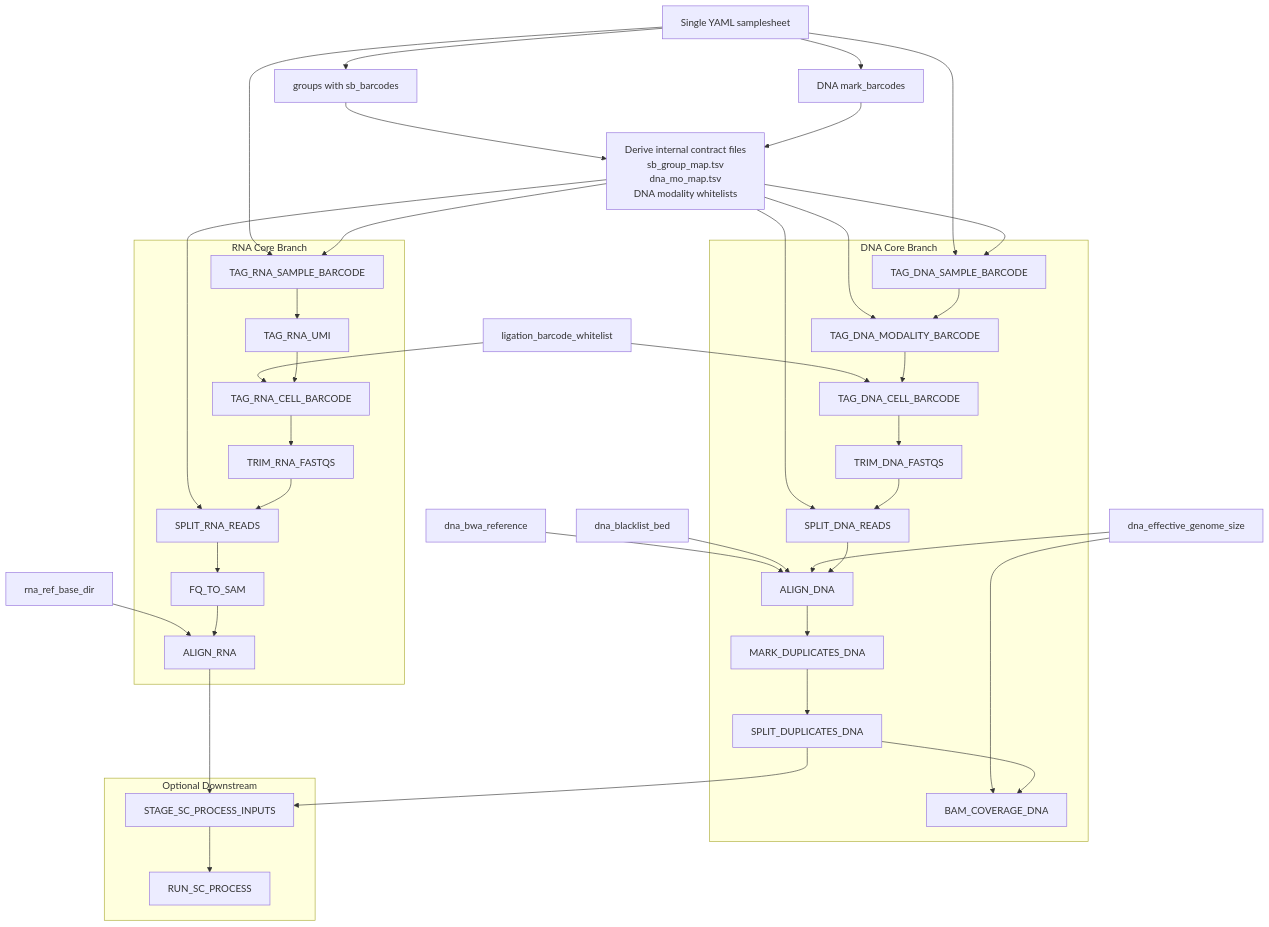
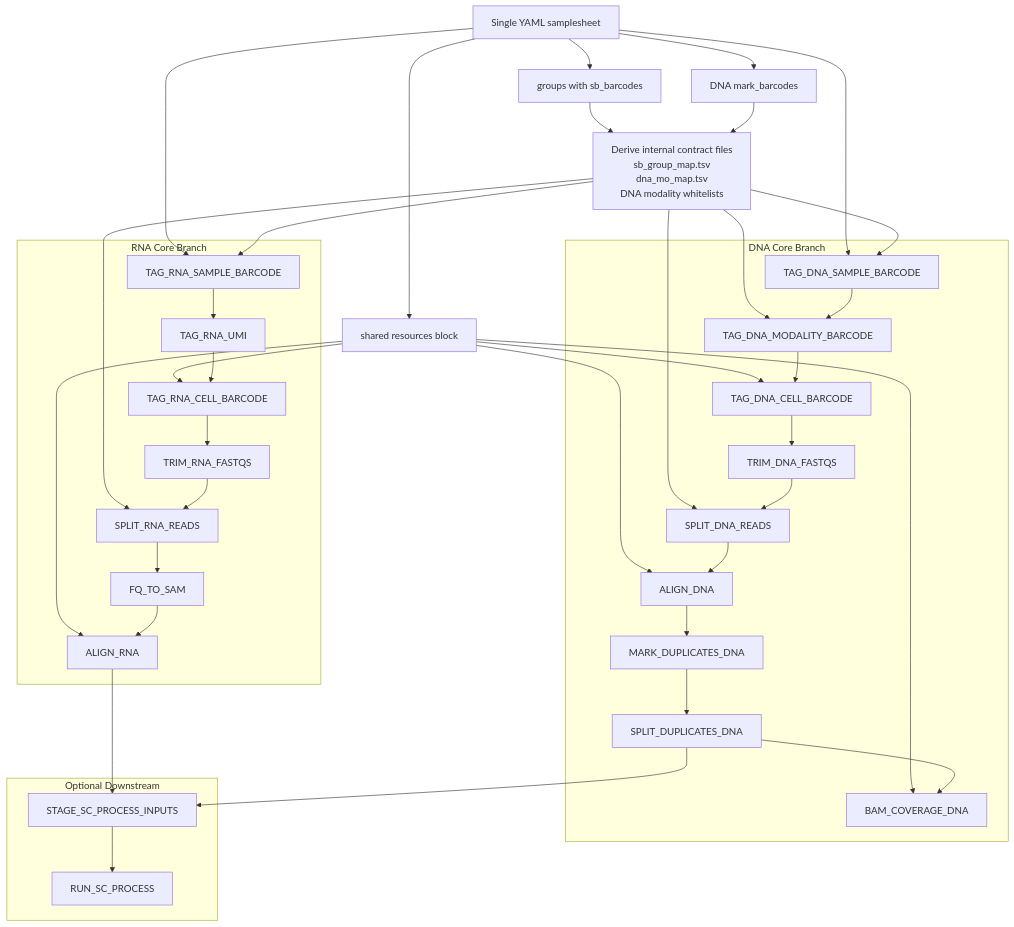
Before and after one commit to CSOgroup/TrESFlow: the diagram in docs/architecture/implemented_pipeline.md, drawn with Mermaid. The commit also changed other lines of this file and 14 other files, not shown here.

````diff
--- a/docs/architecture/implemented_pipeline.md
+++ b/docs/architecture/implemented_pipeline.md
@@ -8,64 +8,59 @@
 ```mermaid
 flowchart TD
     SS[Single YAML samplesheet]
+    RES[shared resources block]
     GROUPS[groups with sb_barcodes]
     DNAMARKS[DNA mark_barcodes]
     DERIVE[Derive internal contract files\nsb_group_map.tsv\ndna_mo_map.tsv\nDNA modality whitelists]
-    LIG[ligation_barcode_whitelist]
-    RNAREF[rna_ref_base_dir]
-    DNAREF[dna_bwa_reference]
-    DNABL[dna_blacklist_bed]
-    DNAEFF[dna_effective_genome_size]
 
     SS --> GROUPS
+    SS --> RES
     SS --> RNA0
     SS --> DNA0
     SS --> DNAMARKS
     GROUPS --> DERIVE
     DNAMARKS --> DERIVE
     DERIVE --> RNA0
     DERIVE --> RNA4
     DERIVE --> DNA0
     DERIVE --> DNA1
     DERIVE --> DNA4
-    LIG --> RNA2
-    LIG --> DNA2
-    RNAREF --> RNA6
-    DNAREF --> DNA5
-    DNABL --> DNA5
-    DNAEFF --> DNA5
-    DNAEFF --> DNA8
+    RES --> RNA2
+    RES --> DNA2
+    RES --> RNA6
+    RES --> DNA5
+    RES --> DNA8
 
     subgraph RNA_Core[RNA Core Branch]
         RNA0[TAG_RNA_SAMPLE_BARCODE]
         RNA1[TAG_RNA_UMI]
         RNA2[TAG_RNA_CELL_BARCODE]
         RNA3[TRIM_RNA_FASTQS]
         RNA4[SPLIT_RNA_READS]
         RNA5[FQ_TO_SAM]
         RNA6[ALIGN_RNA]
         RNA0 --> RNA1 --> RNA2 --> RNA3 --> RNA4 --> RNA5 --> RNA6
     end
 
     subgraph DNA_Core[DNA Core Branch]
         DNA0[TAG_DNA_SAMPLE_BARCODE]
         DNA1[TAG_DNA_MODALITY_BARCODE]
         DNA2[TAG_DNA_CELL_BARCODE]
         DNA3[TRIM_DNA_FASTQS]
         DNA4[SPLIT_DNA_READS]
         DNA5[ALIGN_DNA]
         DNA6[MARK_DUPLICATES_DNA]
         DNA7[SPLIT_DUPLICATES_DNA]
         DNA8[BAM_COVERAGE_DNA]
         DNA0 --> DNA1 --> DNA2 --> DNA3 --> DNA4 --> DNA5 --> DNA6 --> DNA7 --> DNA8
     end
 
     RNA6 --> STAGE
     DNA7 --> STAGE
 
     subgraph Optional_Downstream[Optional Downstream]
         STAGE[STAGE_SC_PROCESS_INPUTS]
         RUNSC[RUN_SC_PROCESS]
         STAGE --> RUNSC
     end
 ```
````
